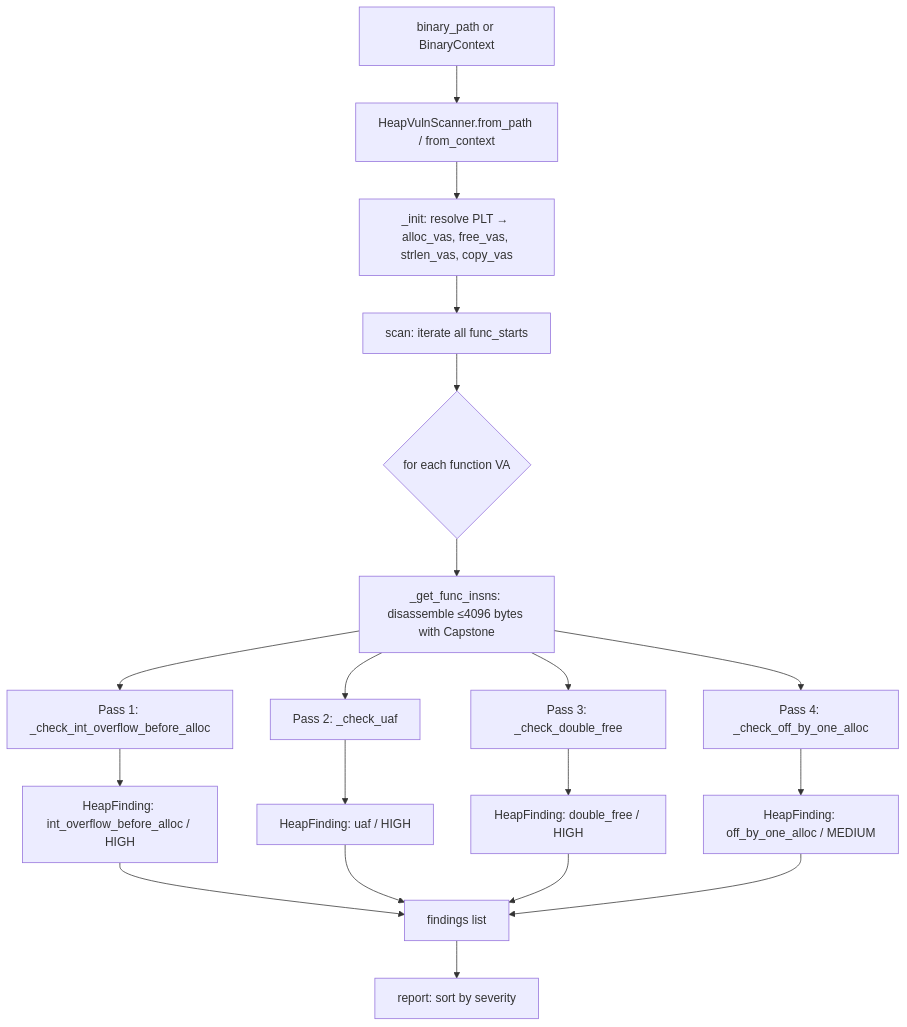
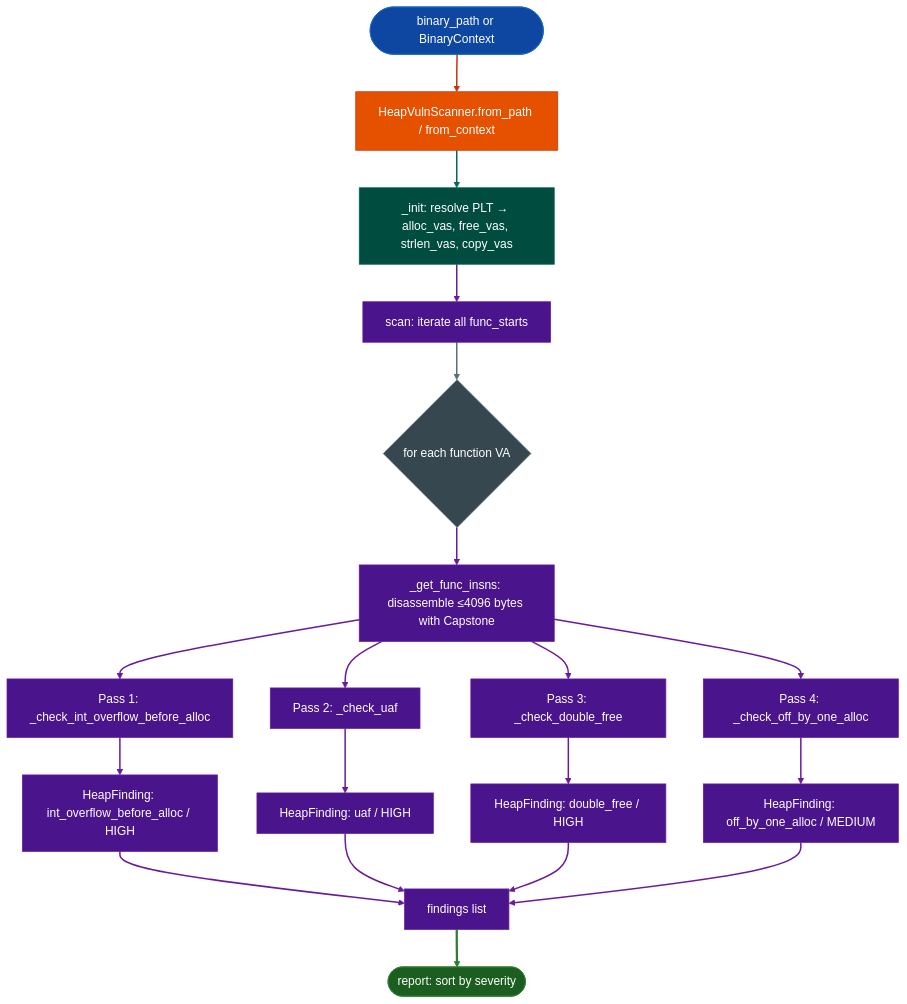
Before and after one commit to Ablation-Tool/ablation: the diagram in docs/reference-modules/heap-vulnerability-scanner.md, drawn with Mermaid. The commit also changed 320 other files, not shown here.

First line of the commit message:
docs: apply canonical Mermaid template to all 321 diagrams

````diff
--- a/docs/reference-modules/heap-vulnerability-scanner.md
+++ b/docs/reference-modules/heap-vulnerability-scanner.md
@@ -23,21 +23,45 @@
 ```mermaid
 flowchart TD
-    A[binary_path or BinaryContext] --> B[HeapVulnScanner.from_path / from_context]
-    B --> C["_init: resolve PLT → alloc_vas, free_vas, strlen_vas, copy_vas"]
-    C --> D[scan: iterate all func_starts]
-    D --> E{for each function VA}
-    E --> F[_get_func_insns: disassemble ≤4096 bytes with Capstone]
-    F --> G1[Pass 1: _check_int_overflow_before_alloc]
-    F --> G2[Pass 2: _check_uaf]
-    F --> G3[Pass 3: _check_double_free]
-    F --> G4[Pass 4: _check_off_by_one_alloc]
-    G1 --> H[HeapFinding: int_overflow_before_alloc / HIGH]
-    G2 --> I[HeapFinding: uaf / HIGH]
-    G3 --> J[HeapFinding: double_free / HIGH]
-    G4 --> K[HeapFinding: off_by_one_alloc / MEDIUM]
-    H --> L[findings list]
-    I --> L
-    J --> L
-    K --> L
-    L --> M[report: sort by severity]
+    A(["binary_path or BinaryContext"]):::input --> B["HeapVulnScanner.from_path / from_context"]:::primary
+    B:::primary --> C["_init: resolve PLT → alloc_vas, free_vas, strlen_vas, copy_vas"]:::secondary
+    C:::secondary --> D["scan: iterate all func_starts"]:::tertiary
+    D:::tertiary --> E{"for each function VA"}:::neutral
+    E:::neutral --> F["_get_func_insns: disassemble ≤4096 bytes with Capstone"]:::tertiary
+    F:::tertiary --> G1["Pass 1: _check_int_overflow_before_alloc"]:::tertiary
+    F:::tertiary --> G2["Pass 2: _check_uaf"]:::tertiary
+    F:::tertiary --> G3["Pass 3: _check_double_free"]:::tertiary
+    F:::tertiary --> G4["Pass 4: _check_off_by_one_alloc"]:::tertiary
+    G1:::tertiary --> H["HeapFinding: int_overflow_before_alloc / HIGH"]:::tertiary
+    G2:::tertiary --> I["HeapFinding: uaf / HIGH"]:::tertiary
+    G3:::tertiary --> J["HeapFinding: double_free / HIGH"]:::tertiary
+    G4:::tertiary --> K["HeapFinding: off_by_one_alloc / MEDIUM"]:::tertiary
+    H:::tertiary --> L["findings list"]:::tertiary
+    I:::tertiary --> L:::tertiary
+    J:::tertiary --> L:::tertiary
+    K:::tertiary --> L:::tertiary
+    L:::tertiary --> M(["report: sort by severity"]):::output
+    classDef input     fill:#0d47a1,stroke:#1565c0,color:#fff
+    classDef primary   fill:#e65100,stroke:#bf360c,color:#fff
+    classDef secondary fill:#004d40,stroke:#00695c,color:#fff
+    classDef tertiary  fill:#4a148c,stroke:#6a1b9a,color:#fff
+    classDef neutral   fill:#37474f,stroke:#546e7a,color:#fff
+    classDef output    fill:#1b5e20,stroke:#2e7d32,color:#fff
+    linkStyle 0 stroke:#bf360c,stroke-width:2px
+    linkStyle 1 stroke:#00695c,stroke-width:2px
+    linkStyle 2 stroke:#6a1b9a,stroke-width:2px
+    linkStyle 3 stroke:#546e7a,stroke-width:2px
+    linkStyle 4 stroke:#6a1b9a,stroke-width:2px
+    linkStyle 5 stroke:#6a1b9a,stroke-width:2px
+    linkStyle 6 stroke:#6a1b9a,stroke-width:2px
+    linkStyle 7 stroke:#6a1b9a,stroke-width:2px
+    linkStyle 8 stroke:#6a1b9a,stroke-width:2px
+    linkStyle 9 stroke:#6a1b9a,stroke-width:2px
+    linkStyle 10 stroke:#6a1b9a,stroke-width:2px
+    linkStyle 11 stroke:#6a1b9a,stroke-width:2px
+    linkStyle 12 stroke:#6a1b9a,stroke-width:2px
+    linkStyle 13 stroke:#6a1b9a,stroke-width:2px
+    linkStyle 14 stroke:#6a1b9a,stroke-width:2px
+    linkStyle 15 stroke:#6a1b9a,stroke-width:2px
+    linkStyle 16 stroke:#6a1b9a,stroke-width:2px
+    linkStyle 17 stroke:#2e7d32,stroke-width:3px
 ```
````
